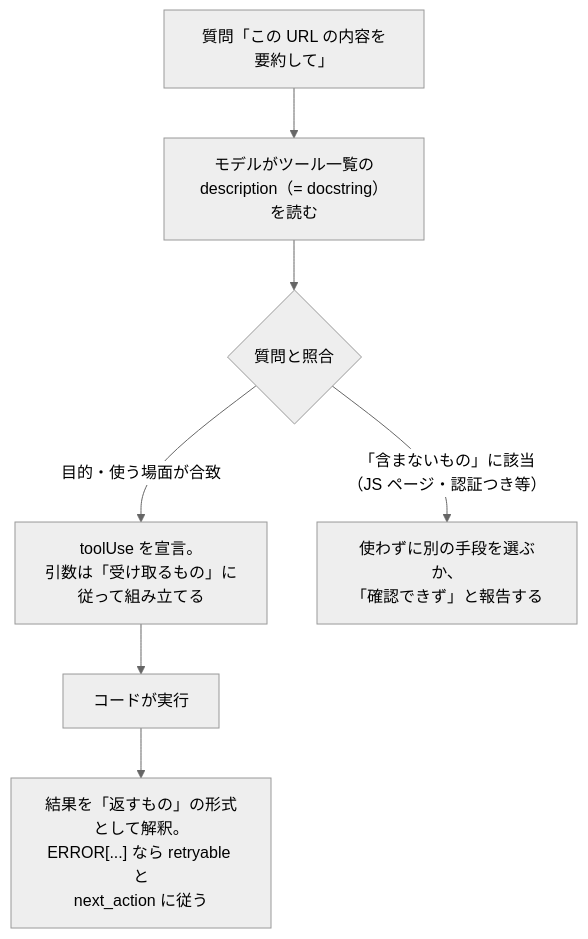
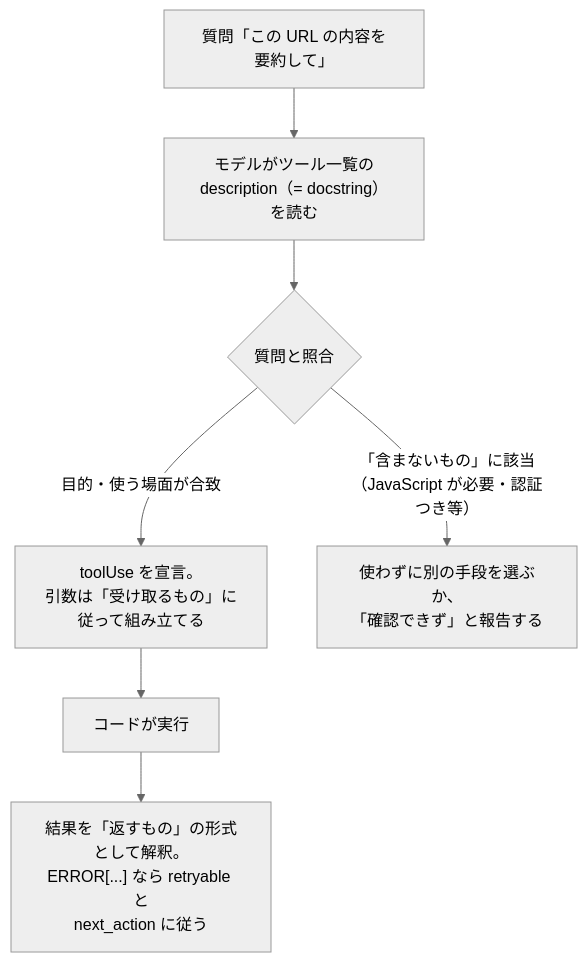
One commit to Relic-Kamakura/agent-platform changed the second of 2 diagrams in 03-tool-design/README.md. Above: the diagram before and after it, drawn with Mermaid (neutral theme). The commit also changed other lines of this file and 49 other files, not shown here.

````diff
--- a/03-tool-design/README.md
+++ b/03-tool-design/README.md
@@ -77,9 +77,9 @@
 ```mermaid
 graph TD
     Q["質問「この URL の内容を要約して」"] --> M["モデルがツール一覧の<br/>description（= docstring）を読む"]
     M --> J{"質問と照合"}
     J -->|"目的・使う場面が合致"| U["toolUse を宣言。<br/>引数は「受け取るもの」に<br/>従って組み立てる"]
-    J -->|"「含まないもの」に該当<br/>（JS ページ・認証つき等）"| A["使わずに別の手段を選ぶか、<br/>「確認できず」と報告する"]
+    J -->|"「含まないもの」に該当<br/>（JavaScript が必要・認証つき等）"| A["使わずに別の手段を選ぶか、<br/>「確認できず」と報告する"]
     U --> E["コードが実行"]
     E --> R["結果を「返すもの」の形式として解釈。<br/>ERROR[...] なら retryable と<br/>next_action に従う"]
 ```
````
